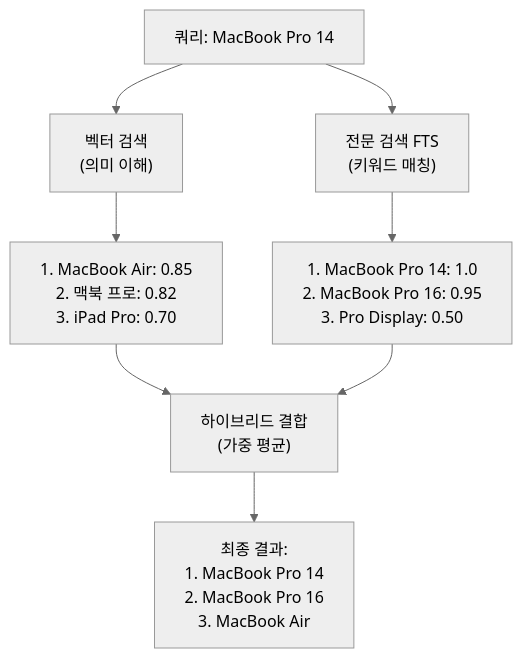
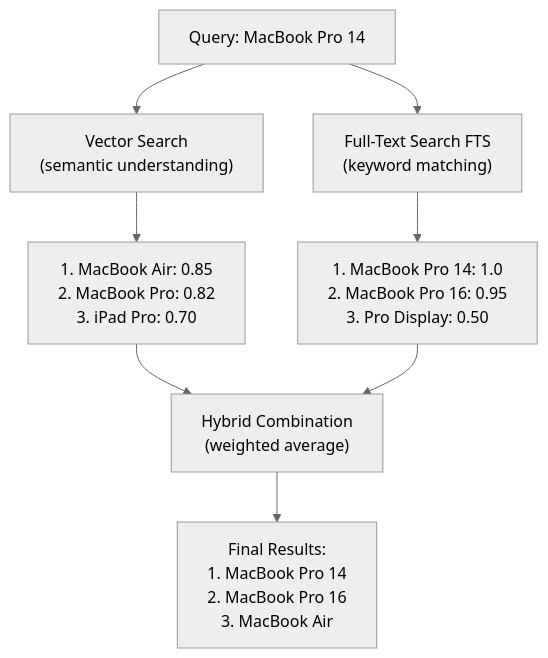
One commit to cartanova-ai/sonamu changed the diagram in modules/docs/en/advanced-features/vector-search/hybrid-search.mdx. Above: the diagram before and after it, drawn with Mermaid (neutral theme). The commit also changed other lines of this file and 86 other files, not shown here.

````diff
--- a/modules/docs/en/advanced-features/vector-search/hybrid-search.mdx
+++ b/modules/docs/en/advanced-features/vector-search/hybrid-search.mdx
@@ -47,15 +47,15 @@
 ```mermaid
 flowchart TD
-    Q["쿼리: MacBook Pro 14"]
-    
-    Q --> V["벡터 검색<br/>(의미 이해)"]
-    Q --> F["전문 검색 FTS<br/>(키워드 매칭)"]
-    
-    V --> R1["1. MacBook Air: 0.85<br/>2. 맥북 프로: 0.82<br/>3. iPad Pro: 0.70"]
+    Q["Query: MacBook Pro 14"]
+
+    Q --> V["Vector Search<br/>(semantic understanding)"]
+    Q --> F["Full-Text Search FTS<br/>(keyword matching)"]
+
+    V --> R1["1. MacBook Air: 0.85<br/>2. MacBook Pro: 0.82<br/>3. iPad Pro: 0.70"]
     F --> R2["1. MacBook Pro 14: 1.0<br/>2. MacBook Pro 16: 0.95<br/>3. Pro Display: 0.50"]
-    
-    R1 --> H["하이브리드 결합<br/>(가중 평균)"]
+
+    R1 --> H["Hybrid Combination<br/>(weighted average)"]
     R2 --> H
-    
-    H --> Final["최종 결과:<br/>1. MacBook Pro 14<br/>2. MacBook Pro 16<br/>3. MacBook Air"]
+
+    H --> Final["Final Results:<br/>1. MacBook Pro 14<br/>2. MacBook Pro 16<br/>3. MacBook Air"]
 ```
````
